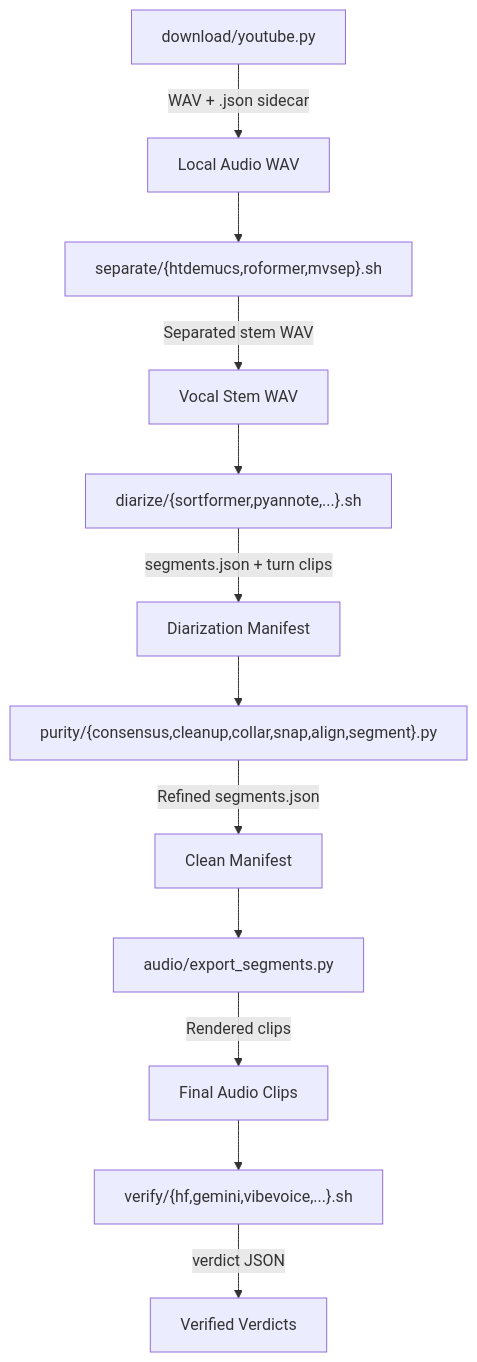
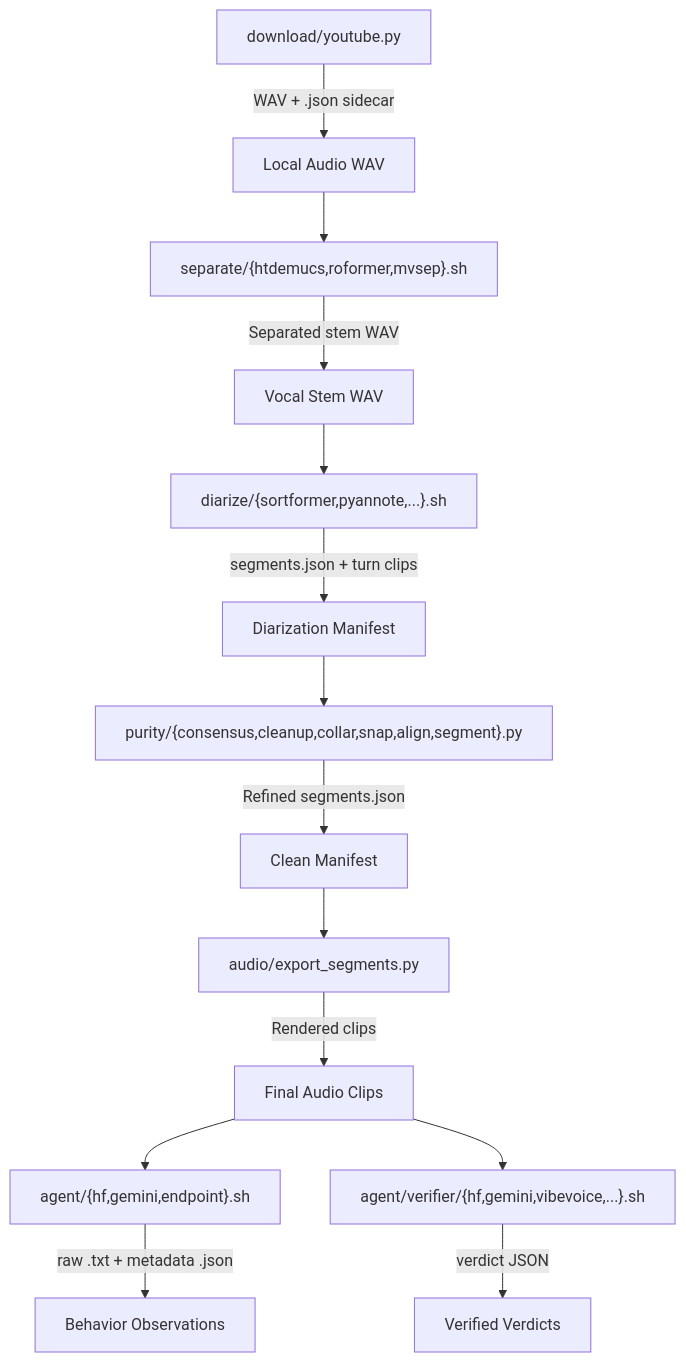
One commit to tungnguyenlam/audio-prepare-pipeline-redo changed the diagram in docs/api_contract.md. Above: the diagram before and after it, drawn with Mermaid. The commit also changed other lines of this file and 71 other files, not shown here.

Commit message:
refactor(agent): nest hardened verifier behavior

````diff
--- a/docs/api_contract.md
+++ b/docs/api_contract.md
@@ -9,14 +9,16 @@
 ```mermaid
 flowchart TD
     DOWNLOAD["download/youtube.py"] -->|"WAV + .json sidecar"| AUDIO["Local Audio WAV"]
     AUDIO --> SEPARATE["separate/{htdemucs,roformer,mvsep}.sh"]
     SEPARATE -->|"Separated stem WAV"| VOCALS["Vocal Stem WAV"]
     VOCALS --> DIARIZE["diarize/{sortformer,pyannote,...}.sh"]
     DIARIZE -->|"segments.json + turn clips"| TURNS["Diarization Manifest"]
     TURNS --> PURITY["purity/{consensus,cleanup,collar,snap,align,segment}.py"]
     PURITY -->|"Refined segments.json"| CLEAN_MANIFEST["Clean Manifest"]
     CLEAN_MANIFEST --> EXPORT["audio/export_segments.py"]
     EXPORT -->|"Rendered clips"| CLIPS["Final Audio Clips"]
-    CLIPS --> VERIFY["verify/{hf,gemini,vibevoice,...}.sh"]
+    CLIPS --> EXPLORE["agent/{hf,gemini,endpoint}.sh"]
+    EXPLORE -->|"raw .txt + metadata .json"| OBSERVATIONS["Behavior Observations"]
+    CLIPS --> VERIFY["agent/verifier/{hf,gemini,vibevoice,...}.sh"]
     VERIFY -->|"verdict JSON"| VERDICTS["Verified Verdicts"]
 ```
````
